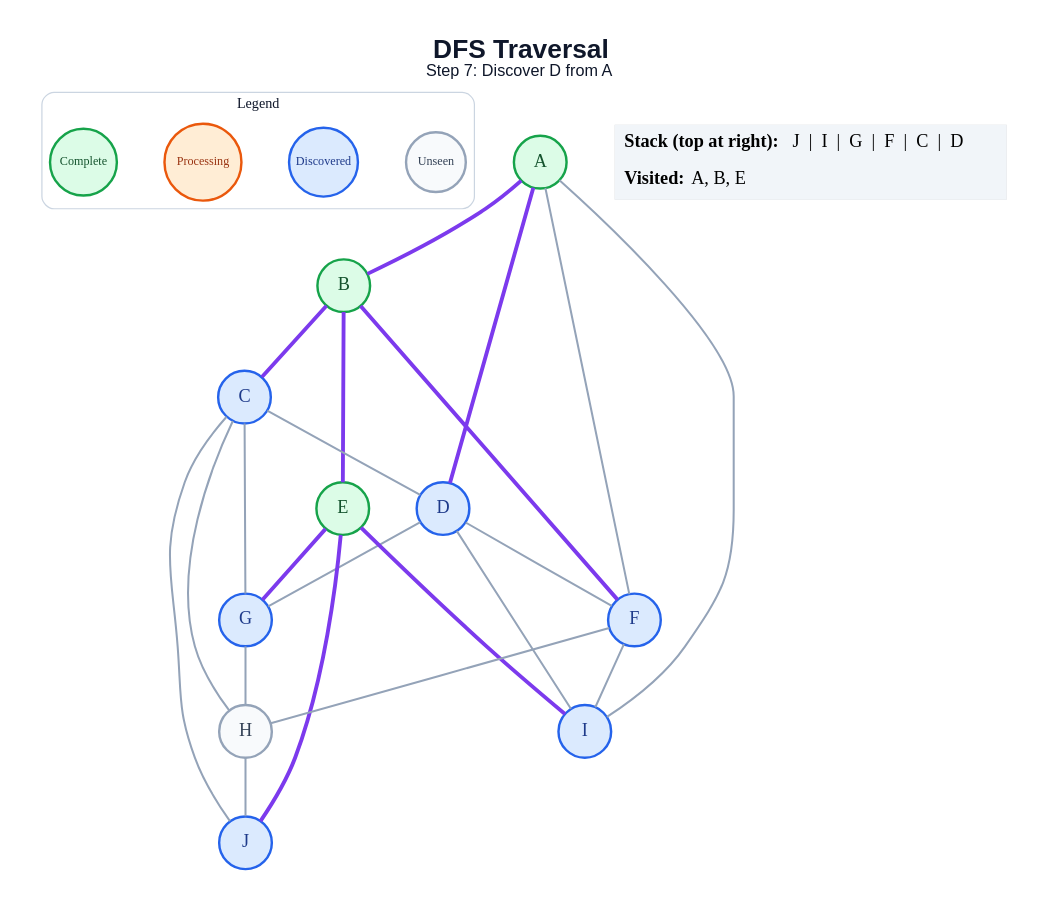
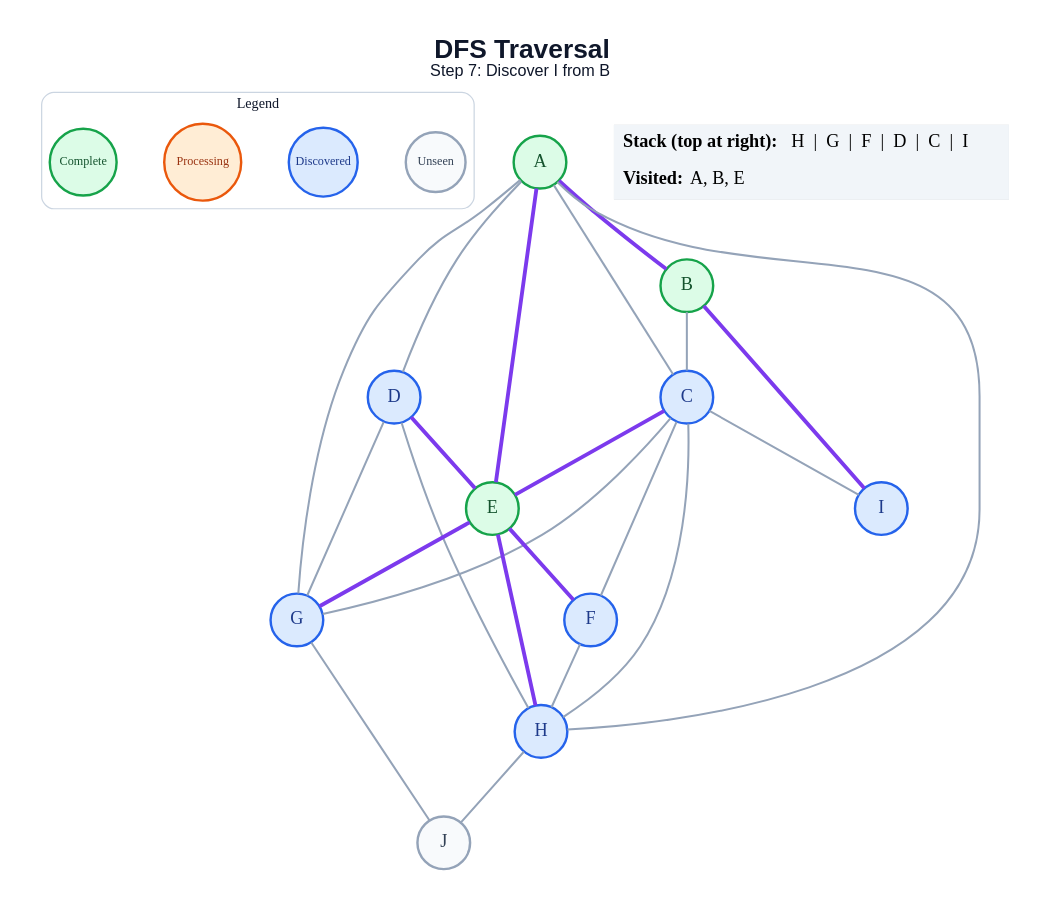
One commit to amanghodawala9/ai-slop changed the diagram in generated/specific-node/dfs/step_07.dot. Above: the diagram before and after it, drawn with Graphviz. The commit also changed 178 other files, not shown here.

```diff
--- a/generated/specific-node/dfs/step_07.dot
+++ b/generated/specific-node/dfs/step_07.dot
@@ -1,50 +1,51 @@
 graph traversal {
   graph [layout=dot, rankdir=TB, bgcolor="#FFFFFF", pad="0.35", nodesep="0.65", ranksep="0.8", fontname="Arial"];
   node [shape=circle, style="filled", fontname="Arial Bold", fontsize=18, width=0.72, fixedsize=true, penwidth=2.4];
   edge [color="#94A3B8", penwidth=2.0];
-  label=<<B>DFS Traversal</B><BR/><FONT POINT-SIZE="16">Step 7: Discover D from A</FONT>>; labelloc="t"; fontsize=26; fontname="Arial"; fontcolor="#0F172A";
+  label=<<B>DFS Traversal</B><BR/><FONT POINT-SIZE="16">Step 7: Discover I from B</FONT>>; labelloc="t"; fontsize=26; fontname="Arial"; fontcolor="#0F172A";
   subgraph cluster_legend { label="Legend"; color="#CBD5E1"; penwidth=1.2; style="rounded"; fontsize=14; fontname="Arial Bold";
     key_unseen [label="Unseen", fillcolor="#F8FAFC", color="#94A3B8", fontcolor="#334155", fontsize=12, width=0.82];
     key_frontier [label="Discovered", fillcolor="#DBEAFE", color="#2563EB", fontcolor="#1E3A8A", fontsize=12, width=0.95];
     key_current [label="Processing", fillcolor="#FFEDD5", color="#EA580C", fontcolor="#9A3412", fontsize=12, width=1.05];
     key_done [label="Complete", fillcolor="#DCFCE7", color="#16A34A", fontcolor="#14532D", fontsize=12, width=0.92];
     { rank=same; key_unseen; key_frontier; key_current; key_done; }
   }
   A [fillcolor="#DCFCE7", color="#16A34A", fontcolor="#14532D"];
   B [fillcolor="#DCFCE7", color="#16A34A", fontcolor="#14532D"];
   C [fillcolor="#DBEAFE", color="#2563EB", fontcolor="#1E3A8A"];
   D [fillcolor="#DBEAFE", color="#2563EB", fontcolor="#1E3A8A"];
   E [fillcolor="#DCFCE7", color="#16A34A", fontcolor="#14532D"];
   F [fillcolor="#DBEAFE", color="#2563EB", fontcolor="#1E3A8A"];
   G [fillcolor="#DBEAFE", color="#2563EB", fontcolor="#1E3A8A"];
-  H [fillcolor="#F8FAFC", color="#94A3B8", fontcolor="#334155"];
+  H [fillcolor="#DBEAFE", color="#2563EB", fontcolor="#1E3A8A"];
   I [fillcolor="#DBEAFE", color="#2563EB", fontcolor="#1E3A8A"];
-  J [fillcolor="#DBEAFE", color="#2563EB", fontcolor="#1E3A8A"];
+  J [fillcolor="#F8FAFC", color="#94A3B8", fontcolor="#334155"];
   A -- B [color="#7C3AED", penwidth=3.8];
-  A -- D [color="#7C3AED", penwidth=3.8];
-  A -- F;
-  A -- I;
-  B -- C [color="#7C3AED", penwidth=3.8];
-  B -- E [color="#7C3AED", penwidth=3.8];
-  B -- F [color="#7C3AED", penwidth=3.8];
-  C -- D;
+  A -- C;
+  A -- D;
+  A -- E [color="#7C3AED", penwidth=3.8];
+  A -- G;
+  A -- H;
+  B -- C;
+  B -- I [color="#7C3AED", penwidth=3.8];
+  C -- E [color="#7C3AED", penwidth=3.8];
+  C -- F;
   C -- G;
   C -- H;
-  C -- J;
-  D -- F;
+  C -- I;
+  D -- E [color="#7C3AED", penwidth=3.8];
   D -- G;
-  D -- I;
+  D -- H;
+  E -- F [color="#7C3AED", penwidth=3.8];
   E -- G [color="#7C3AED", penwidth=3.8];
-  E -- I [color="#7C3AED", penwidth=3.8];
-  E -- J [color="#7C3AED", penwidth=3.8];
+  E -- H [color="#7C3AED", penwidth=3.8];
   F -- H;
-  F -- I;
-  G -- H;
+  G -- J;
   H -- J;
   status [shape=plain, fixedsize=false, width=0, height=0, margin=0, label=<
     <TABLE BORDER="0" CELLBORDER="0" CELLPADDING="7" BGCOLOR="#F1F5F9">
-      <TR><TD ALIGN="LEFT"><B>Stack (top at right):</B> J  |  I  |  G  |  F  |  C  |  D</TD></TR>
+      <TR><TD ALIGN="LEFT"><B>Stack (top at right):</B> H  |  G  |  F  |  D  |  C  |  I</TD></TR>
       <TR><TD ALIGN="LEFT"><B>Visited:</B> A, B, E</TD></TR>
     </TABLE>
   >];
 }
```
